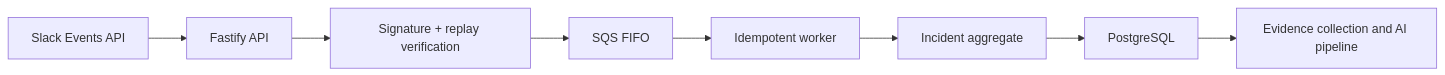
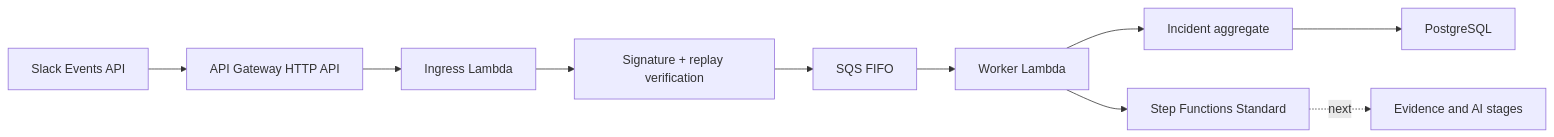
One commit to SharmaKunal14/slack-incidence-evidence changed the diagram in README.md. Above: the diagram before and after it, drawn with Mermaid. The commit also changed other lines of this file and 38 other files, not shown here.

````diff
--- a/README.md
+++ b/README.md
@@ -32,10 +40,12 @@
 ```mermaid
 flowchart LR
-    Slack["Slack Events API"] --> API["Fastify API"]
+    Slack["Slack Events API"] --> Gateway["API Gateway HTTP API"]
+    Gateway --> API["Ingress Lambda"]
     API --> Verify["Signature + replay verification"]
     Verify --> SQS["SQS FIFO"]
-    SQS --> Worker["Idempotent worker"]
+    SQS --> Worker["Worker Lambda"]
     Worker --> Domain["Incident aggregate"]
     Domain --> Postgres["PostgreSQL"]
-    Postgres --> Future["Evidence collection and AI pipeline"]
+    Worker --> SFN["Step Functions Standard"]
+    SFN -. "next" .-> Future["Evidence and AI stages"]
 ```
````
